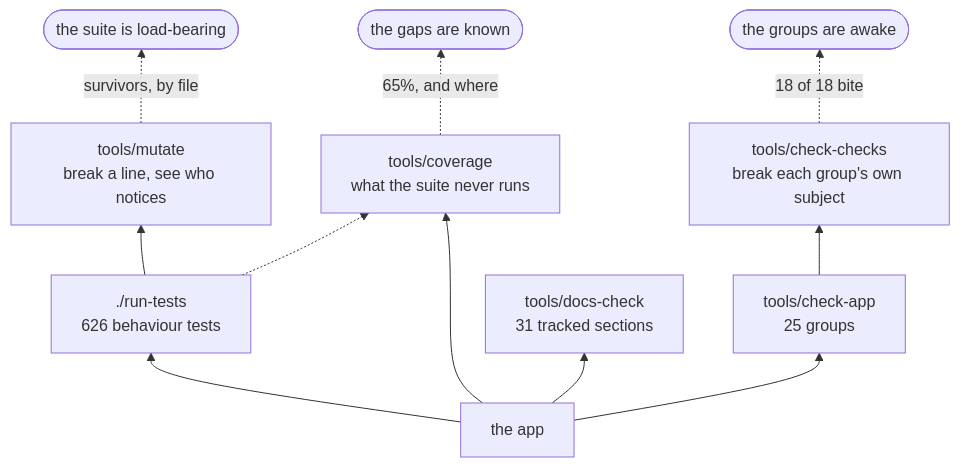
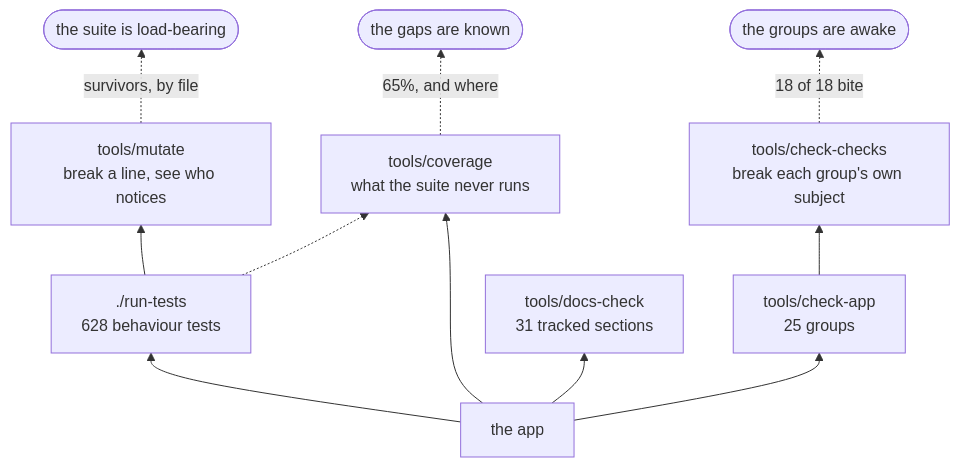
One commit to minormending/crystal-pilot-mobile changed the second of 2 diagrams in docs/DEVELOPING.md. Above: the diagram before and after it, drawn with Mermaid. The commit also changed other lines of this file and 8 other files, not shown here.

````diff
--- a/docs/DEVELOPING.md
+++ b/docs/DEVELOPING.md
@@ -124,13 +124,13 @@
 ```mermaid
 flowchart BT
-    C["the app"] --> T["./run-tests<br/>626 behaviour tests"]
+    C["the app"] --> T["./run-tests<br/>628 behaviour tests"]
     C --> A["tools/check-app<br/>25 groups"]
     C --> D["tools/docs-check<br/>31 tracked sections"]
     C --> V["tools/coverage<br/>what the suite never runs"]
     T --> M["tools/mutate<br/>break a line, see who notices"]
     A --> K["tools/check-checks<br/>break each group's own subject"]
     T -.-> V
     M -.->|"survivors, by file"| R(["the suite is load-bearing"])
     K -.->|"18 of 18 bite"| R2(["the groups are awake"])
     V -.->|"65%, and where"| R3(["the gaps are known"])
 ```
````
